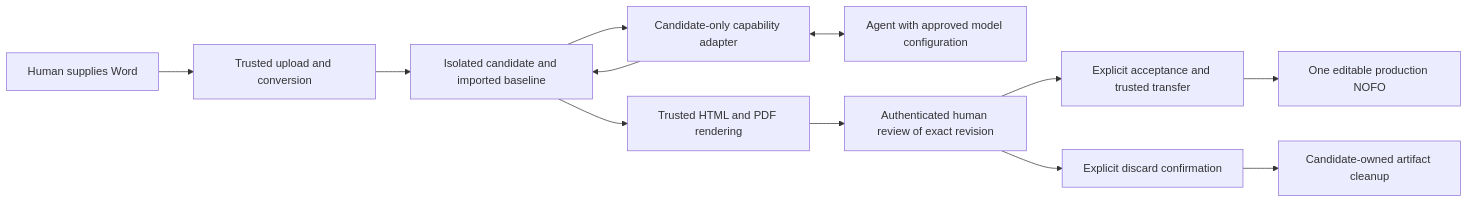
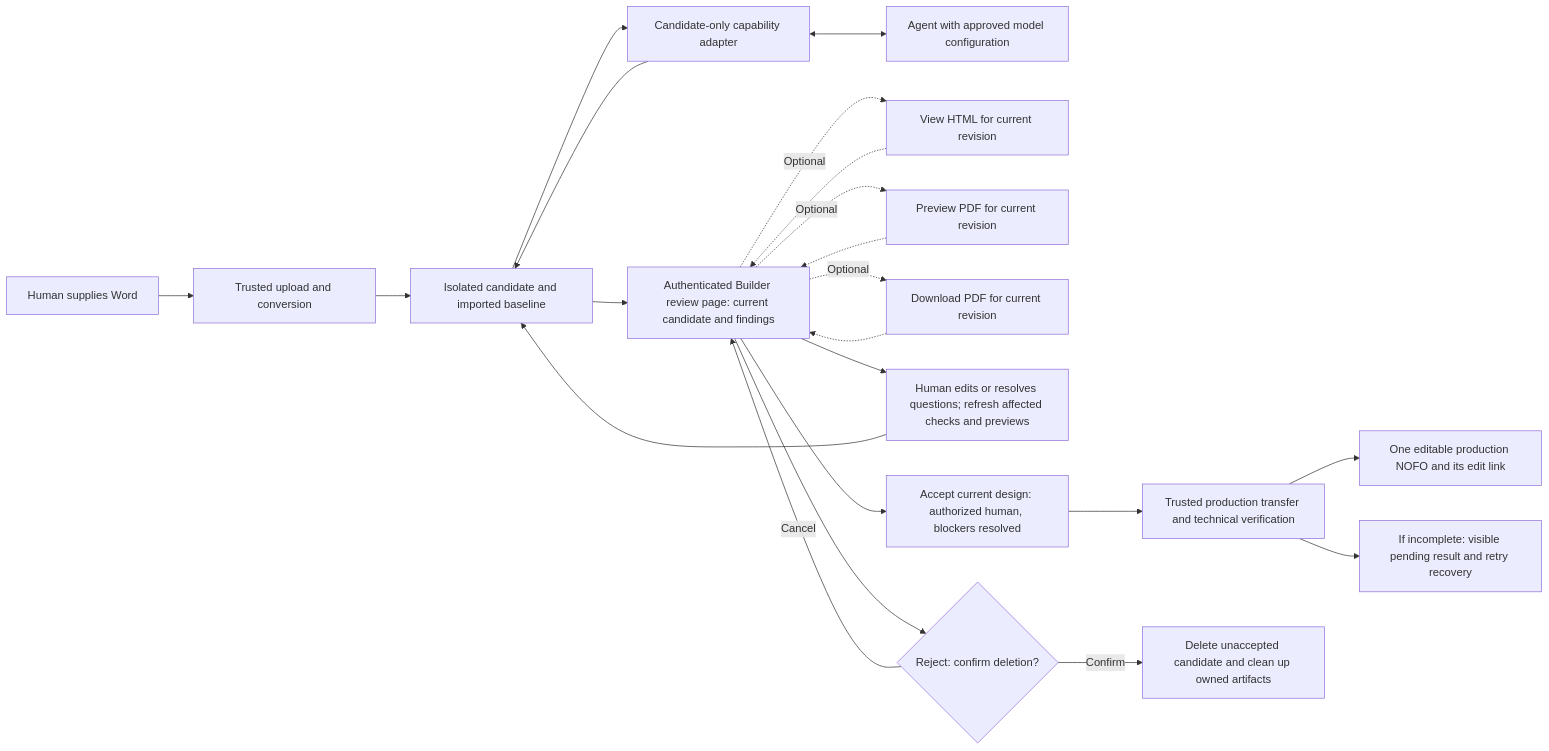
The diagram in documentation/adr/2026-10-20-agent-design-pilot-boundary.md (HHS/simpler-grants-pdf-builder), drawn with Mermaid before and after one commit. The commit also changed other lines of this file and 2 other files, not shown here.

Commit message:
docs: make design acceptance independent of preview choice

````diff
--- a/documentation/adr/2026-10-20-agent-design-pilot-boundary.md
+++ b/documentation/adr/2026-10-20-agent-design-pilot-boundary.md
@@ -39,14 +41,24 @@
 ```mermaid
 flowchart LR
     U[Human supplies Word] --> V[Trusted upload and conversion]
     V --> C[Isolated candidate and imported baseline]
     C --> T[Candidate-only capability adapter]
     T <--> A[Agent with approved model configuration]
     T --> C
-    C --> R[Trusted HTML and PDF rendering]
-    R --> H[Authenticated human review of exact revision]
-    H --> E[Explicit acceptance and trusted transfer]
-    E --> P[One editable production NOFO]
-    H --> D[Explicit discard confirmation]
-    D --> X[Candidate-owned artifact cleanup]
+    C --> H[Authenticated Builder review page: current candidate and findings]
+    H -. Optional .-> HTML[View HTML for current revision]
+    H -. Optional .-> PDF[Preview PDF for current revision]
+    H -. Optional .-> DL[Download PDF for current revision]
+    HTML -.-> H
+    PDF -.-> H
+    DL -.-> H
+    H --> EDIT[Human edits or resolves questions; refresh affected checks and previews]
+    EDIT --> C
+    H --> E[Accept current design: authorized human, blockers resolved]
+    E --> K[Trusted production transfer and technical verification]
+    K --> P[One editable production NOFO and its edit link]
+    K --> F[If incomplete: visible pending result and retry recovery]
+    H --> D{Reject: confirm deletion?}
+    D -->|Cancel| H
+    D -->|Confirm| X[Delete unaccepted candidate and clean up owned artifacts]
 ```
````
